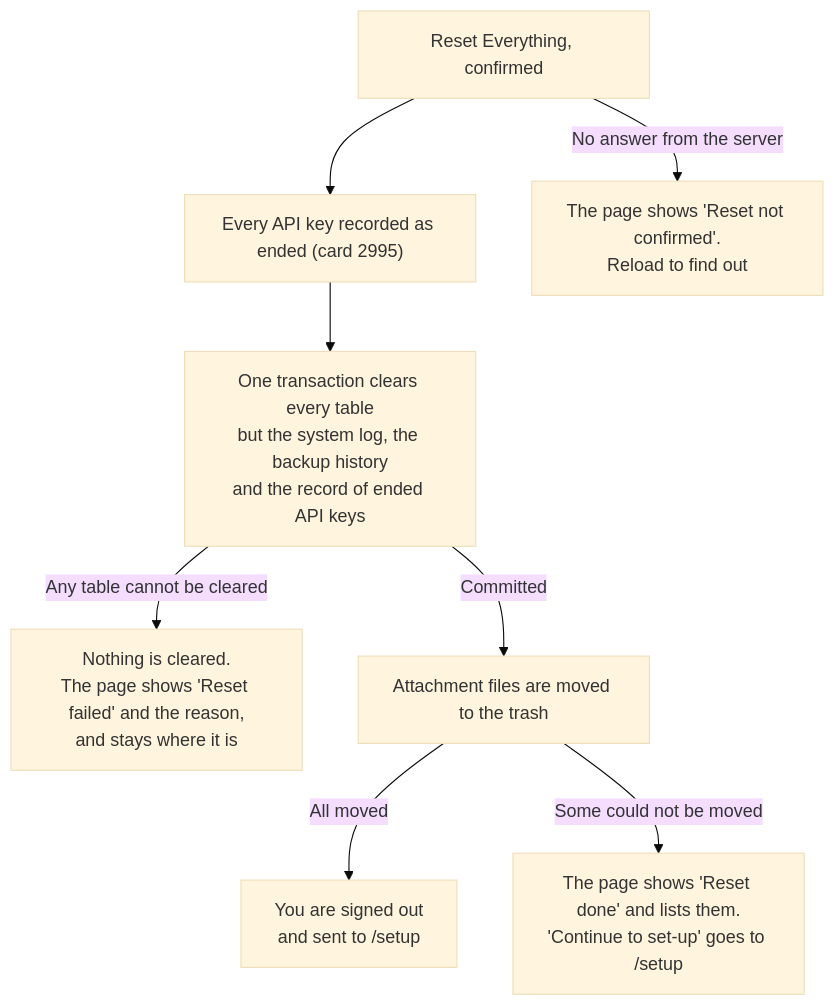
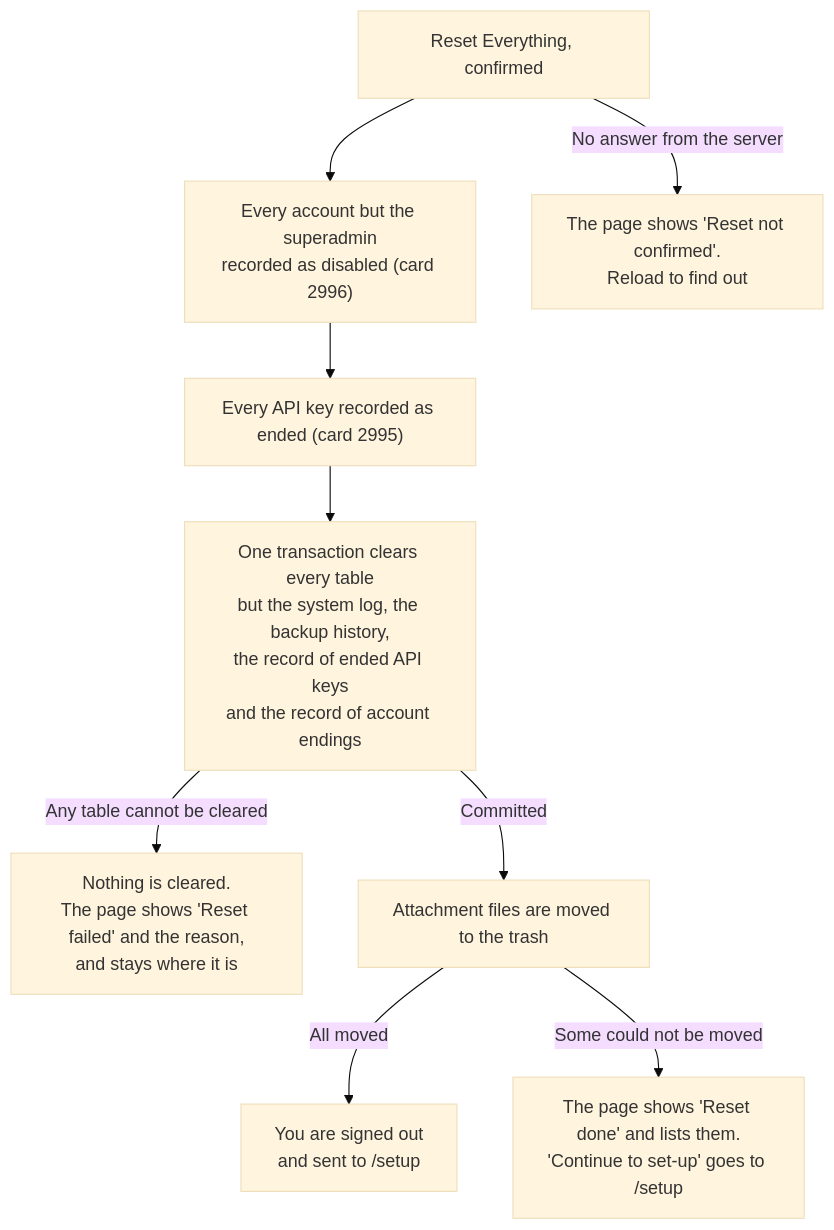
Before and after one commit to gitBoon/DumpFire: diagram 22 of 23 in docs/admin-guide.md, drawn with Mermaid (base theme). The commit also changed other lines of this file and 44 other files, not shown here.

````diff
--- a/docs/admin-guide.md
+++ b/docs/admin-guide.md
@@ -1456,10 +1473,11 @@
 ```mermaid
 flowchart TD
-    Click["Reset Everything, confirmed"] --> Rec["Every API key recorded as ended (card 2995)"]
-    Rec --> Tx["One transaction clears every table<br/>but the system log, the backup history<br/>and the record of ended API keys"]
+    Click["Reset Everything, confirmed"] --> Acc["Every account but the superadmin<br/>recorded as disabled (card 2996)"]
+    Acc --> Rec["Every API key recorded as ended (card 2995)"]
+    Rec --> Tx["One transaction clears every table<br/>but the system log, the backup history,<br/>the record of ended API keys<br/>and the record of account endings"]
     Tx -->|"Any table cannot be cleared"| Fail["Nothing is cleared.<br/>The page shows 'Reset failed' and the reason,<br/>and stays where it is"]
     Tx -->|"Committed"| Files["Attachment files are moved to the trash"]
     Files -->|"All moved"| Setup["You are signed out<br/>and sent to /setup"]
     Files -->|"Some could not be moved"| Notice["The page shows 'Reset done' and lists them.<br/>'Continue to set-up' goes to /setup"]
     Click -->|"No answer from the server"| Unknown["The page shows 'Reset not confirmed'.<br/>Reload to find out"]
 ```
````
